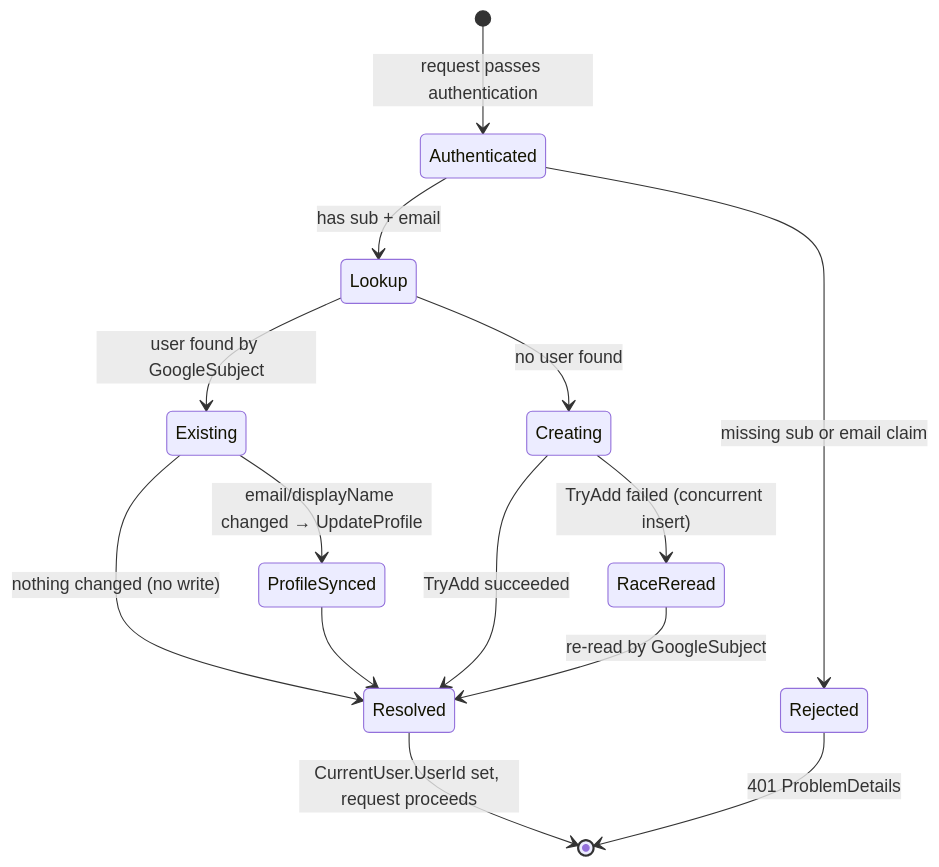
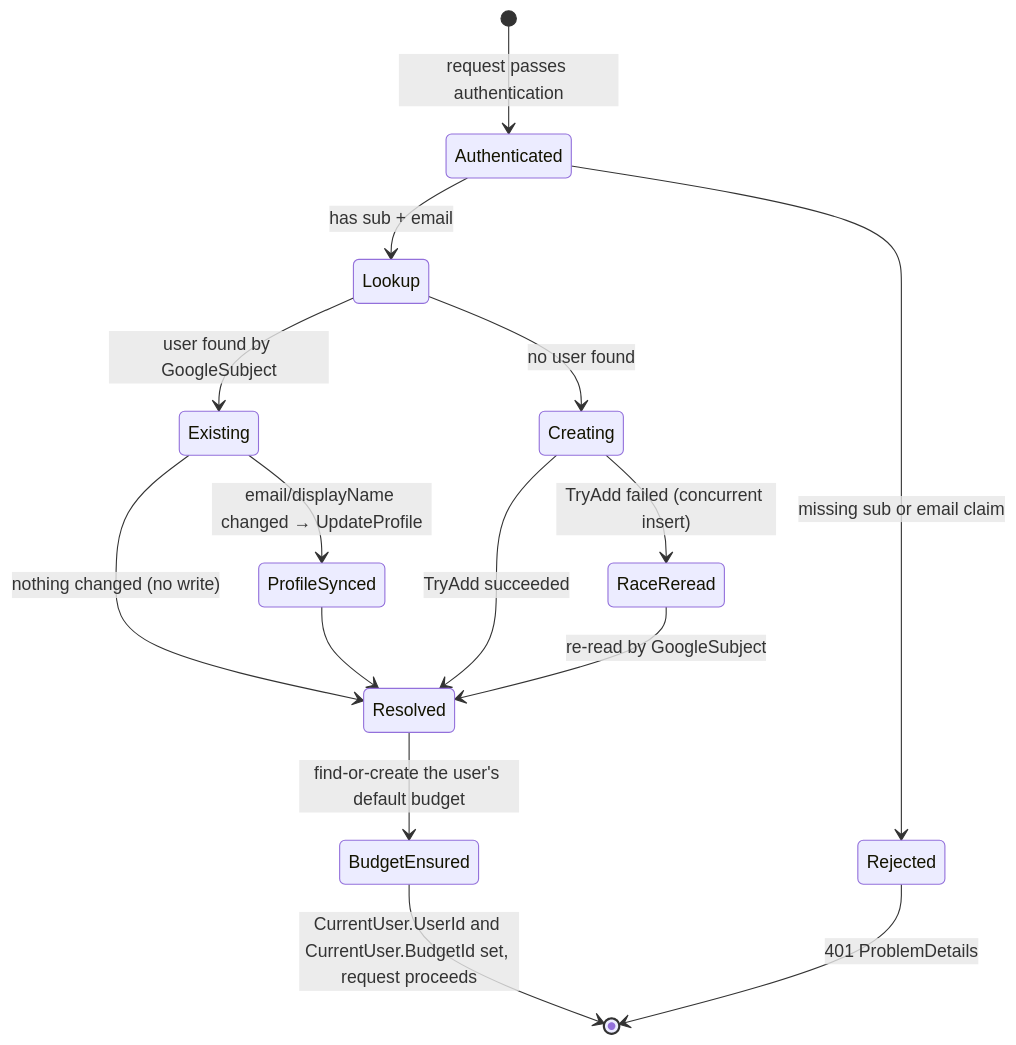
One commit to anton-kochev/budgetoid changed the second of 2 diagrams in docs/business-logic/users-and-ownership.md. Above: the diagram before and after it, drawn with Mermaid. The commit also changed other lines of this file and 20 other files, not shown here.

First line of the commit message:
feat: create a default budget when a user is provisioned

````diff
--- a/docs/business-logic/users-and-ownership.md
+++ b/docs/business-logic/users-and-ownership.md
@@ -120,16 +126,17 @@
 ```mermaid
 stateDiagram-v2
     [*] --> Authenticated : request passes authentication
     Authenticated --> Rejected : missing sub or email claim
     Authenticated --> Lookup : has sub + email
     Lookup --> Existing : user found by GoogleSubject
     Lookup --> Creating : no user found
     Existing --> ProfileSynced : email/displayName changed → UpdateProfile
     Existing --> Resolved : nothing changed (no write)
     ProfileSynced --> Resolved
     Creating --> Resolved : TryAdd succeeded
     Creating --> RaceReread : TryAdd failed (concurrent insert)
     RaceReread --> Resolved : re-read by GoogleSubject
-    Resolved --> [*] : CurrentUser.UserId set, request proceeds
+    Resolved --> BudgetEnsured : find-or-create the user's default budget
+    BudgetEnsured --> [*] : CurrentUser.UserId and CurrentUser.BudgetId set, request proceeds
     Rejected --> [*] : 401 ProblemDetails
 ```
````
